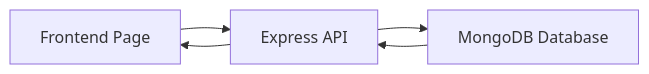
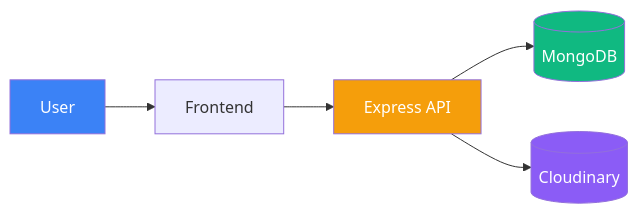
One commit to SeeSatya/Sandwich changed the fourth of 4 diagrams in noneed.md. Above: the diagram before and after it, drawn with Mermaid. The commit also changed other lines of this file and 1 other file, not shown here.

````diff
--- a/noneed.md
+++ b/noneed.md
@@ -267,12 +173,19 @@
 ```mermaid
 flowchart LR
+    User[User]
+    --> Frontend[Frontend]
 
-Frontend[Frontend Page]
-API[Express API]
-Database[MongoDB Database]
+    Frontend
+    --> API[Express API]
 
-Frontend --> API
-API --> Database
-Database --> API
-API --> Frontend
+    API
+    --> DB[(MongoDB)]
+
+    API
+    --> Cloud[(Cloudinary)]
+
+    style User fill:#3b82f6,color:#fff
+    style API fill:#f59e0b,color:#fff
+    style DB fill:#10b981,color:#fff
+    style Cloud fill:#8b5cf6,color:#fff
 ```
````
